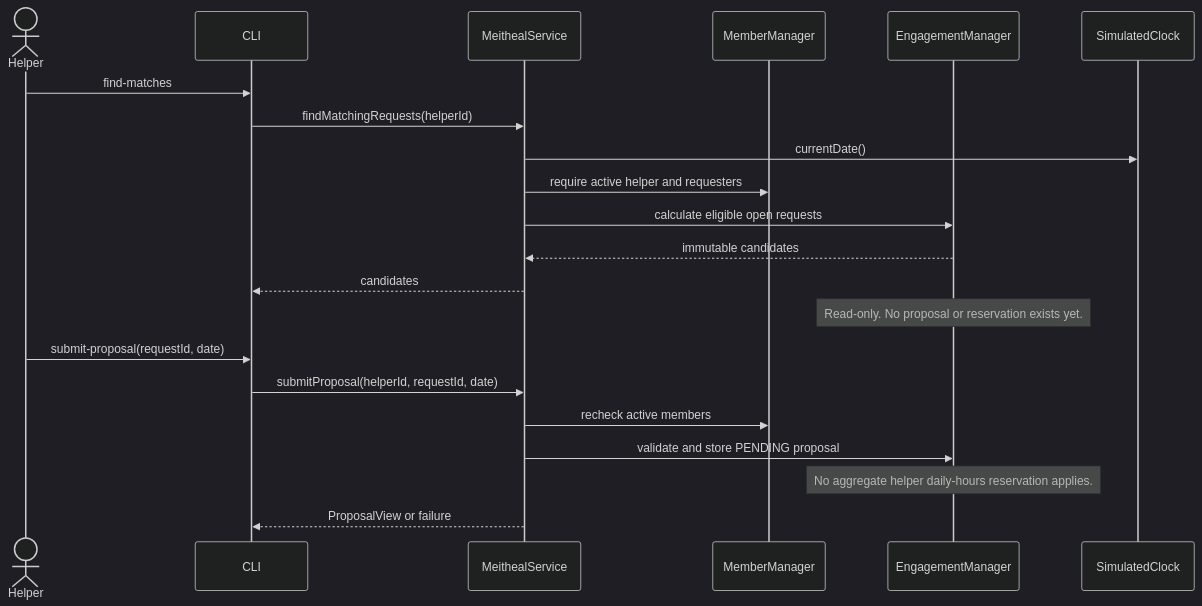
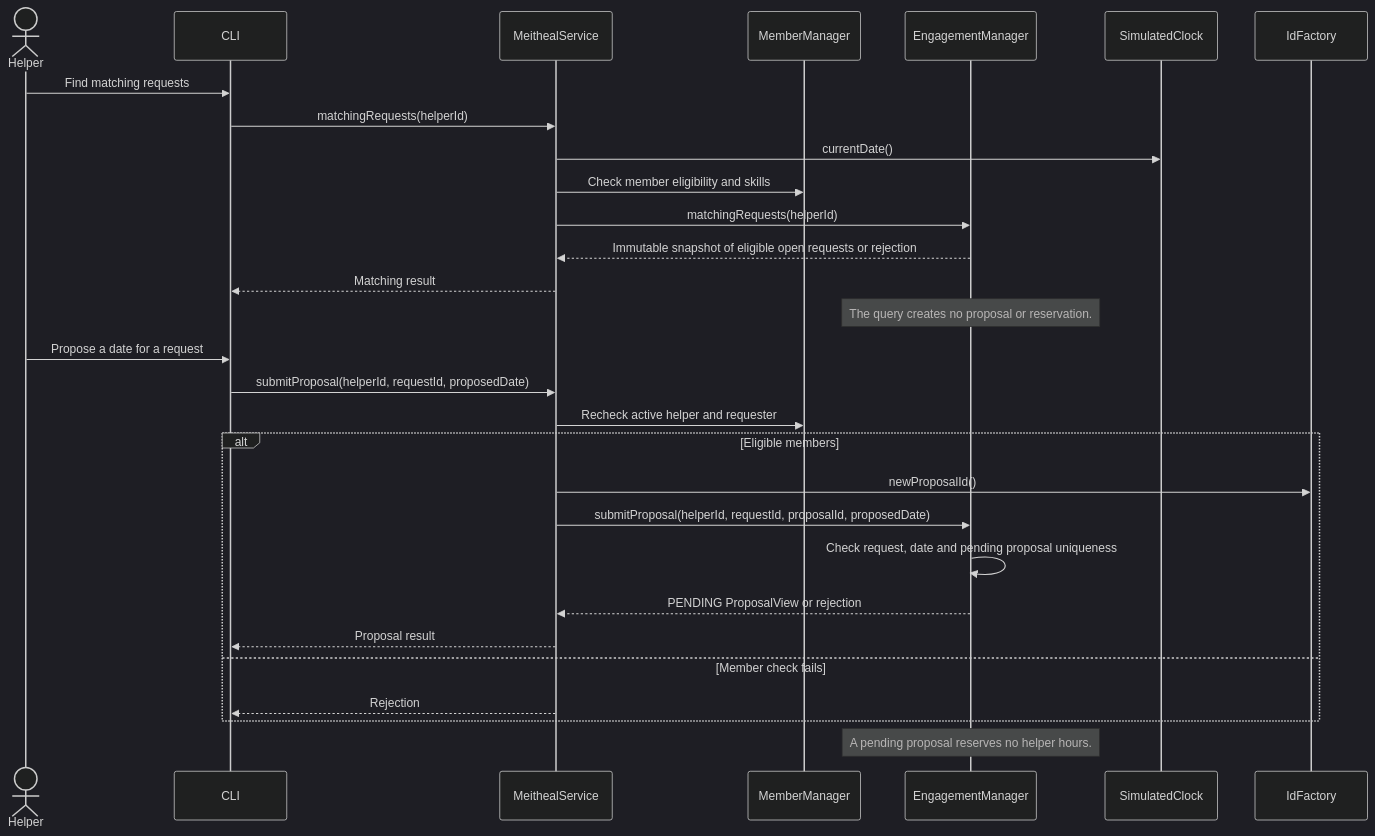
Before and after one commit to MoazMR/COMP41670-Excursions: the second of 7 diagrams in docs/design/SequenceDiagrams.md, drawn with Mermaid (dark theme). The commit also changed other lines of this file and 6 other files, not shown here.

````diff
--- a/docs/design/SequenceDiagrams.md
+++ b/docs/design/SequenceDiagrams.md
@@ -30,24 +39,32 @@
 ```mermaid
 sequenceDiagram
     actor Helper
     participant CLI
     participant Service as MeithealService
     participant Members as MemberManager
     participant Work as EngagementManager
     participant Clock as SimulatedClock
+    participant IDs as IdFactory
 
-    Helper->>CLI: find-matches
-    CLI->>Service: findMatchingRequests(helperId)
+    Helper->>CLI: Find matching requests
+    CLI->>Service: matchingRequests(helperId)
     Service->>Clock: currentDate()
-    Service->>Members: require active helper and requesters
-    Service->>Work: calculate eligible open requests
-    Work-->>Service: immutable candidates
-    Service-->>CLI: candidates
-    Note over Work: Read-only. No proposal or reservation exists yet.
-    Helper->>CLI: submit-proposal(requestId, date)
-    CLI->>Service: submitProposal(helperId, requestId, date)
-    Service->>Members: recheck active members
-    Service->>Work: validate and store PENDING proposal
-    Note over Work: No aggregate helper daily-hours reservation applies.
-    Service-->>CLI: ProposalView or failure
+    Service->>Members: Check member eligibility and skills
+    Service->>Work: matchingRequests(helperId)
+    Work-->>Service: Immutable snapshot of eligible open requests or rejection
+    Service-->>CLI: Matching result
+    Note over Work: The query creates no proposal or reservation.
+    Helper->>CLI: Propose a date for a request
+    CLI->>Service: submitProposal(helperId, requestId, proposedDate)
+    Service->>Members: Recheck active helper and requester
+    alt Eligible members
+        Service->>IDs: newProposalId()
+        Service->>Work: submitProposal(helperId, requestId, proposalId, proposedDate)
+        Work->>Work: Check request, date and pending proposal uniqueness
+        Work-->>Service: PENDING ProposalView or rejection
+        Service-->>CLI: Proposal result
+    else Member check fails
+        Service-->>CLI: Rejection
+    end
+    Note over Work: A pending proposal reserves no helper hours.
 ```
````
